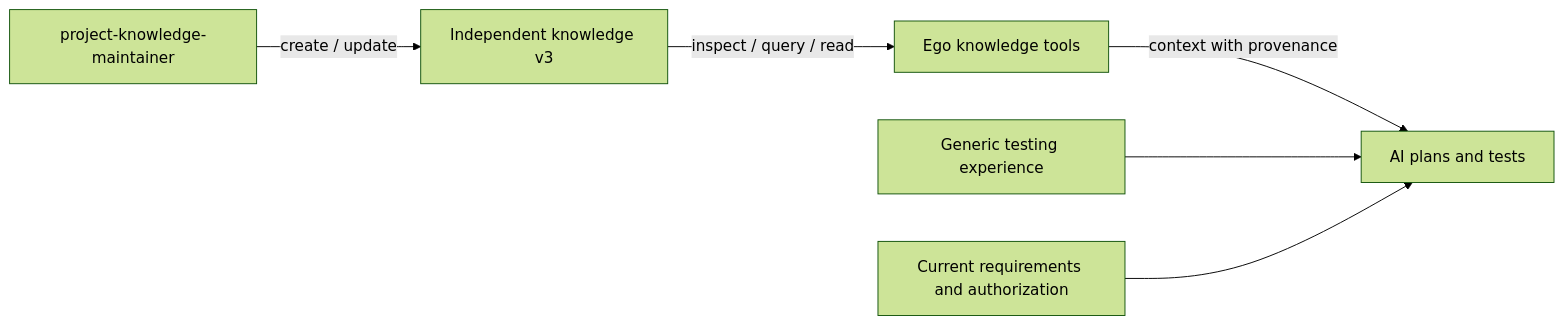
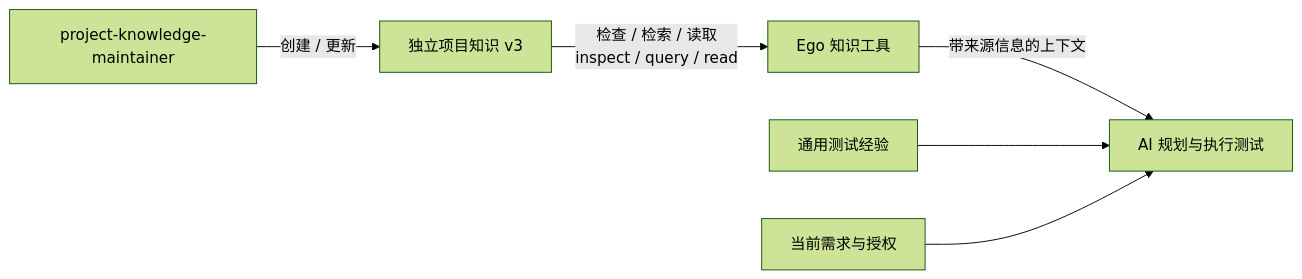
One commit to 99Like-wjj/ai-autonomous-testing-ego-lite changed the first of 2 diagrams in docs/architecture.md. Above: the diagram before and after it, drawn with Mermaid (forest theme). The commit also changed 1 other file, not shown here.

Commit message:
docs(v0.2.1): translate Chinese knowledge diagram labels

````diff
--- a/docs/architecture.md
+++ b/docs/architecture.md
@@ -12,8 +12,8 @@
 ```mermaid
 flowchart LR
-  M[project-knowledge-maintainer] -->|create / update| K[Independent knowledge v3]
-  K -->|inspect / query / read| T[Ego knowledge tools]
-  T -->|context with provenance| A[AI plans and tests]
-  G[Generic testing experience] --> A
-  R[Current requirements and authorization] --> A
+  M[project-knowledge-maintainer] -->|创建 / 更新| K[独立项目知识 v3]
+  K -->|检查 / 检索 / 读取<br/>inspect / query / read| T[Ego 知识工具]
+  T -->|带来源信息的上下文| A[AI 规划与执行测试]
+  G[通用测试经验] --> A
+  R[当前需求与授权] --> A
 ```
````
